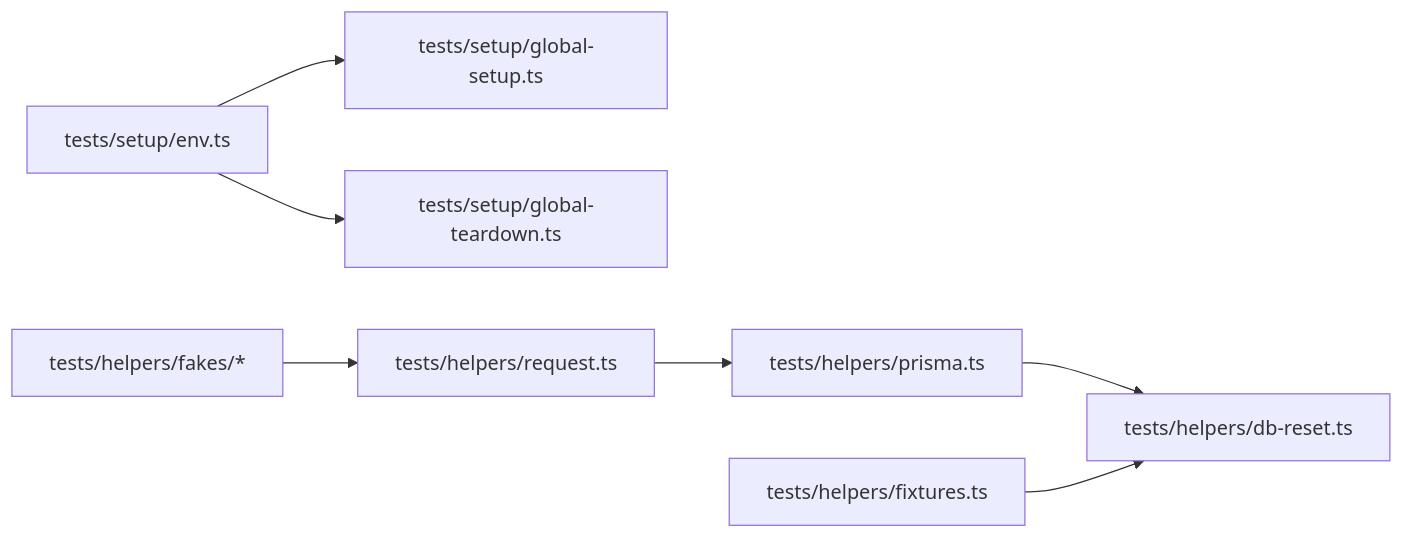
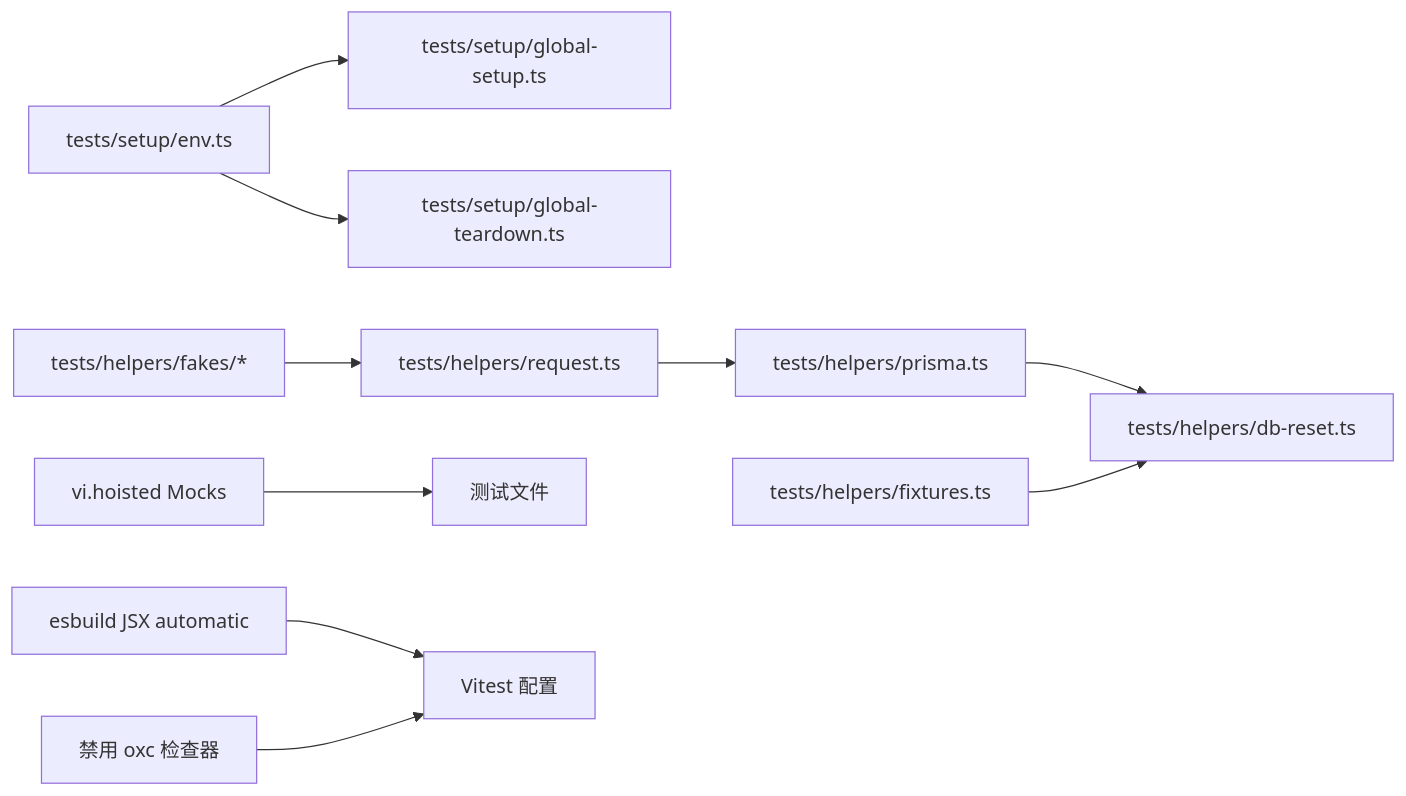
Before and after one commit to lyl2021/waoowaoo: the sixth of 6 diagrams in .qoder/repowiki/zh/content/测试策略/测试基础设施.md, drawn with Mermaid. The commit also changed other lines of this file and 20 other files, not shown here.

````diff
--- a/.qoder/repowiki/zh/content/测试策略/测试基础设施.md
+++ b/.qoder/repowiki/zh/content/测试策略/测试基础设施.md
@@ -370,9 +412,12 @@
 ```mermaid
 graph LR
 ENV["tests/setup/env.ts"] --> GS["tests/setup/global-setup.ts"]
 ENV --> GT["tests/setup/global-teardown.ts"]
 PRIS["tests/helpers/prisma.ts"] --> DBR["tests/helpers/db-reset.ts"]
 FIX["tests/helpers/fixtures.ts"] --> DBR
 REQ["tests/helpers/request.ts"] --> PRIS
 FAKE["tests/helpers/fakes/*"] --> REQ
+HOISTED["vi.hoisted Mocks"] --> TESTS["测试文件"]
+JSX["esbuild JSX automatic"] --> VITEST["Vitest 配置"]
+OXCFIX["禁用 oxc 检查器"] --> VITEST
 ```
````
